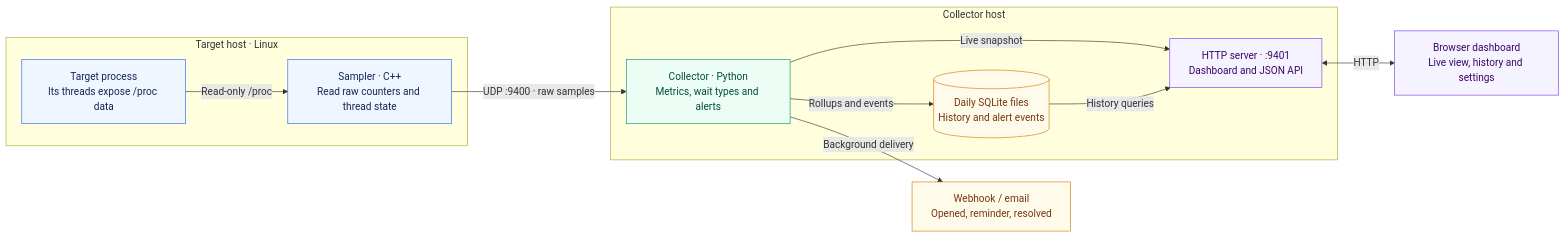
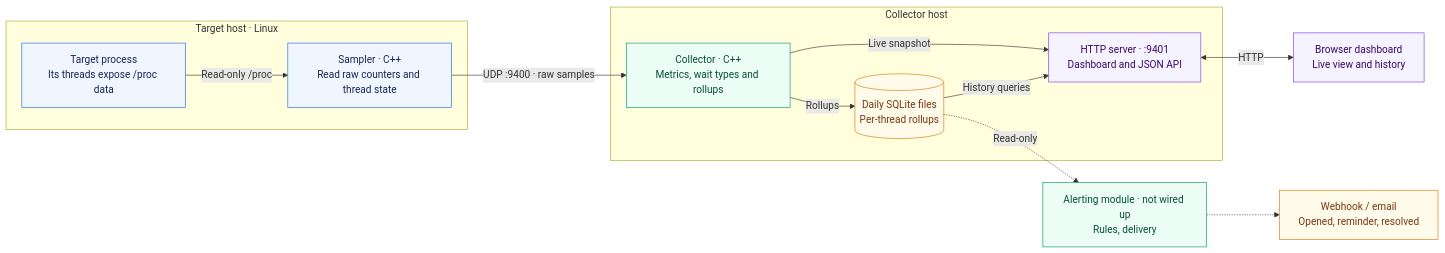
Before and after one commit to breakbadsp/triangulator: the first of 4 diagrams in docs/architecture.md, drawn with Mermaid. The commit also changed other lines of this file and 26 other files, not shown here.

````diff
--- a/docs/architecture.md
+++ b/docs/architecture.md
@@ -10,30 +11,31 @@
 ```mermaid
 flowchart LR
     subgraph target_host["Target host · Linux"]
         target["Target process<br/>Its threads expose /proc data"]
         sampler["Sampler · C++<br/>Read raw counters and thread state"]
         target -->|"Read-only /proc"| sampler
     end
 
     subgraph collector_host["Collector host"]
-        collector["Collector · Python<br/>Metrics, wait types and alerts"]
-        db[("Daily SQLite files<br/>History and alert events")]
+        collector["Collector · C++<br/>Metrics, wait types and rollups"]
+        db[("Daily SQLite files<br/>Per-thread rollups")]
         http["HTTP server · :9401<br/>Dashboard and JSON API"]
-        collector -->|"Rollups and events"| db
+        collector -->|"Rollups"| db
         collector -->|"Live snapshot"| http
         db -->|"History queries"| http
     end
 
     sampler -->|"UDP :9400 · raw samples"| collector
-    http <-->|"HTTP"| browser["Browser dashboard<br/>Live view, history and settings"]
-    collector -->|"Background delivery"| notify["Webhook / email<br/>Opened, reminder, resolved"]
+    http <-->|"HTTP"| browser["Browser dashboard<br/>Live view and history"]
+    db -.->|"Read-only"| alerting["Alerting module · not wired up<br/>Rules, delivery"]
+    alerting -.-> notify["Webhook / email<br/>Opened, reminder, resolved"]
 
     classDef source fill:#eff6ff,stroke:#2563eb,color:#172554
     classDef compute fill:#ecfdf5,stroke:#059669,color:#064e3b
     classDef store fill:#fffbeb,stroke:#d97706,color:#78350f
     classDef view fill:#f5f3ff,stroke:#7c3aed,color:#3b0764
     class target,sampler source
-    class collector compute
+    class collector,alerting compute
     class db,notify store
     class http,browser view
 ```
````
